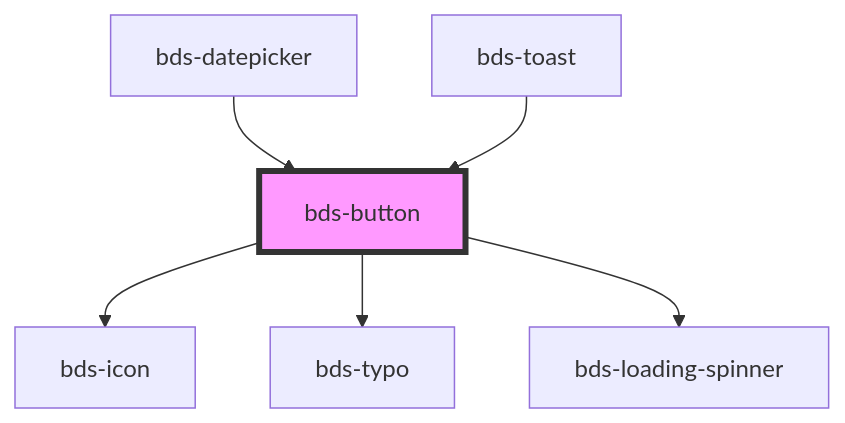
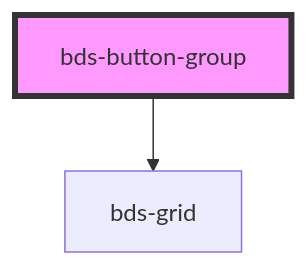
Before and after one commit to takenet/blip-ds: the diagram in src/components/button/readme.md, drawn with Mermaid. The commit also changed other lines of this file and 12 other files, not shown here.

````diff
--- a/src/components/button/readme.md
+++ b/src/components/button/readme.md
@@ -55,9 +22,5 @@
 ```mermaid
 graph TD;
-  bds-button --> bds-icon
-  bds-button --> bds-typo
-  bds-button --> bds-loading-spinner
-  bds-datepicker --> bds-button
-  bds-toast --> bds-button
-  style bds-button fill:#f9f,stroke:#333,stroke-width:4px
+  bds-button-group --> bds-grid
+  style bds-button-group fill:#f9f,stroke:#333,stroke-width:4px
 ```
````
